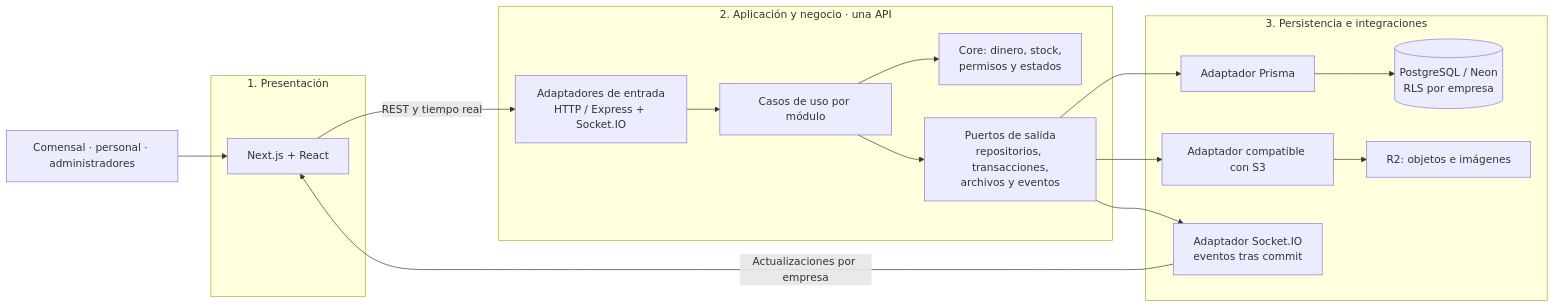
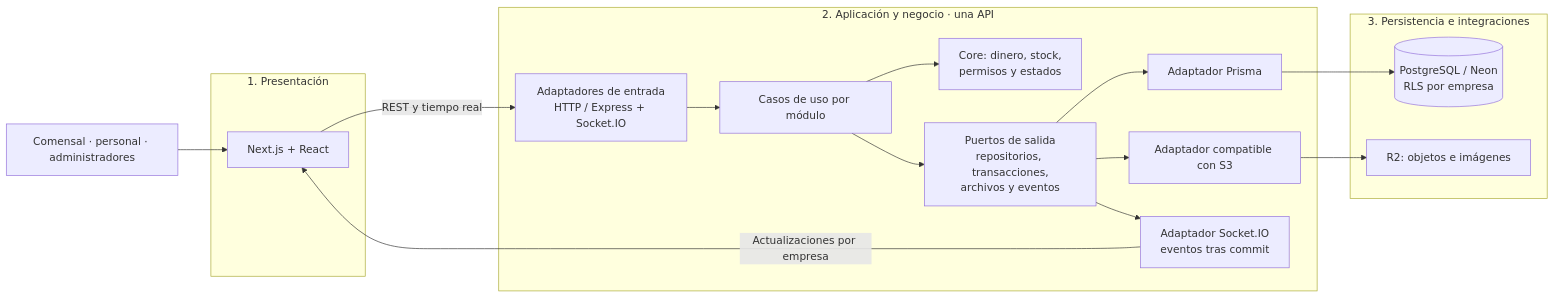
One commit to Alexismenethil/venddy-store-labs changed the diagram in arquitectura/arquitectura-inicial.md. Above: the diagram before and after it, drawn with Mermaid. The commit also changed other lines of this file and 7 other files, not shown here.

Commit message:
docs: añadir diagrama Archify sin reemplazar las vistas originales

````diff
--- a/arquitectura/arquitectura-inicial.md
+++ b/arquitectura/arquitectura-inicial.md
@@ -13,26 +13,30 @@
 ```mermaid
 flowchart LR
     Usuarios["Comensal · personal · administradores"] --> Web
     subgraph Presentacion["1. Presentación"]
         Web["Next.js + React"]
     end
     subgraph Backend["2. Aplicación y negocio · una API"]
         Entrada["Adaptadores de entrada<br/>HTTP / Express + Socket.IO"]
         Casos["Casos de uso por módulo"]
         Dominio["Core: dinero, stock,<br/>permisos y estados"]
         Puertos["Puertos de salida<br/>repositorios, transacciones,<br/>archivos y eventos"]
+        Prisma["Adaptador Prisma"]
+        S3["Adaptador compatible con S3"]
+        Eventos["Adaptador Socket.IO<br/>eventos tras commit"]
         Entrada --> Casos
         Casos --> Dominio
         Casos --> Puertos
+        Puertos --> Prisma
+        Puertos --> S3
+        Puertos --> Eventos
     end
     subgraph Datos["3. Persistencia e integraciones"]
-        Prisma["Adaptador Prisma"] --> PG[("PostgreSQL / Neon<br/>RLS por empresa")]
-        S3["Adaptador compatible con S3"] --> R2["R2: objetos e imágenes"]
-        Eventos["Adaptador Socket.IO<br/>eventos tras commit"]
+        PG[("PostgreSQL / Neon<br/>RLS por empresa")]
+        R2["R2: objetos e imágenes"]
     end
     Web -->|REST y tiempo real| Entrada
-    Puertos --> Prisma
-    Puertos --> S3
-    Puertos --> Eventos
+    Prisma --> PG
+    S3 --> R2
     Eventos -->|Actualizaciones por empresa| Web
 ```
````
